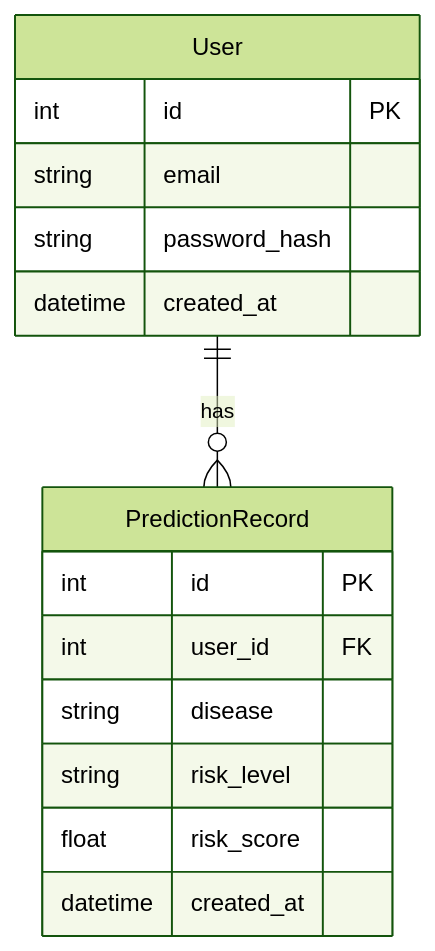
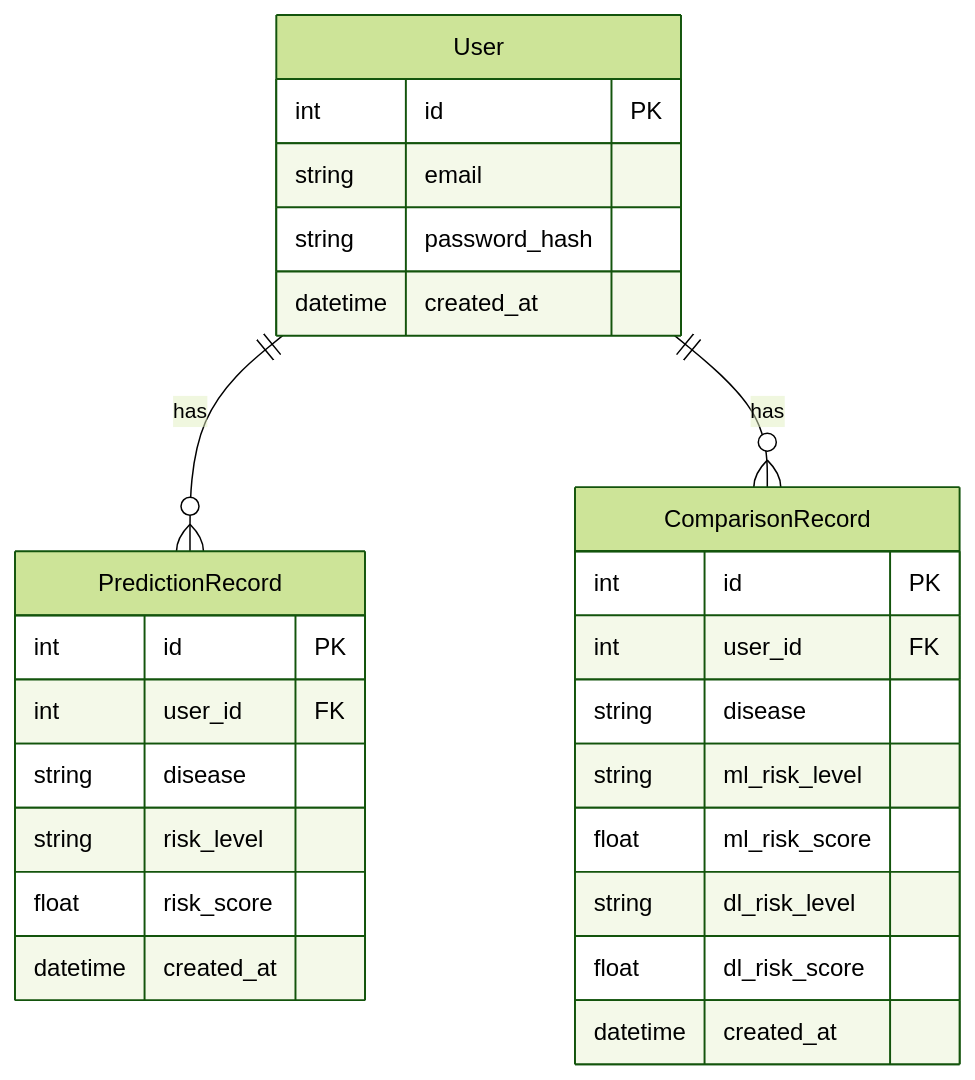
One commit to wiem-b-salem/multirisk-ai changed the fourth of 6 diagrams in docs/ARCHITECTURE.md. Above: the diagram before and after it, drawn with Mermaid (forest theme). The commit also changed other lines of this file and 45 other files, not shown here.

````diff
--- a/docs/ARCHITECTURE.md
+++ b/docs/ARCHITECTURE.md
@@ -93,18 +93,29 @@
 ```mermaid
 erDiagram
     User ||--o{ PredictionRecord : has
+    User ||--o{ ComparisonRecord : has
     User {
         int id PK
         string email
         string password_hash
         datetime created_at
     }
     PredictionRecord {
         int id PK
         int user_id FK
         string disease
         string risk_level
         float risk_score
         datetime created_at
     }
+    ComparisonRecord {
+        int id PK
+        int user_id FK
+        string disease
+        string ml_risk_level
+        float ml_risk_score
+        string dl_risk_level
+        float dl_risk_score
+        datetime created_at
+    }
 ```
````
